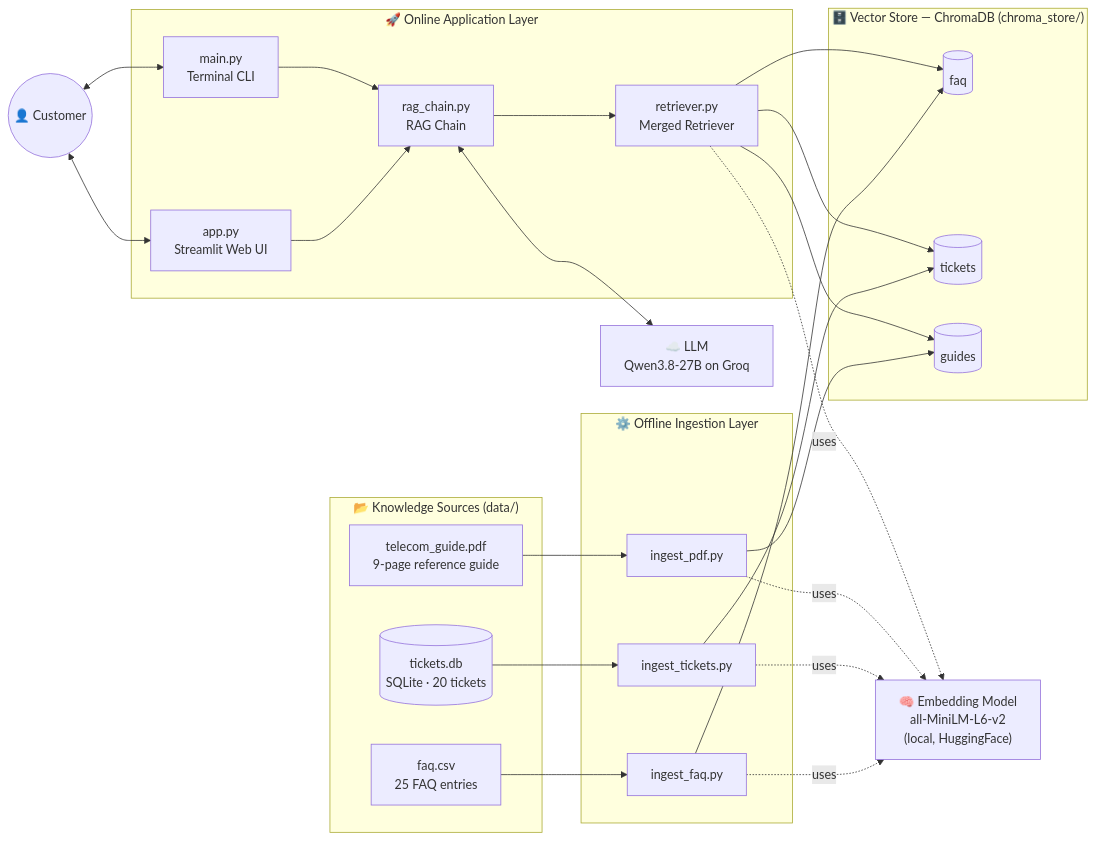
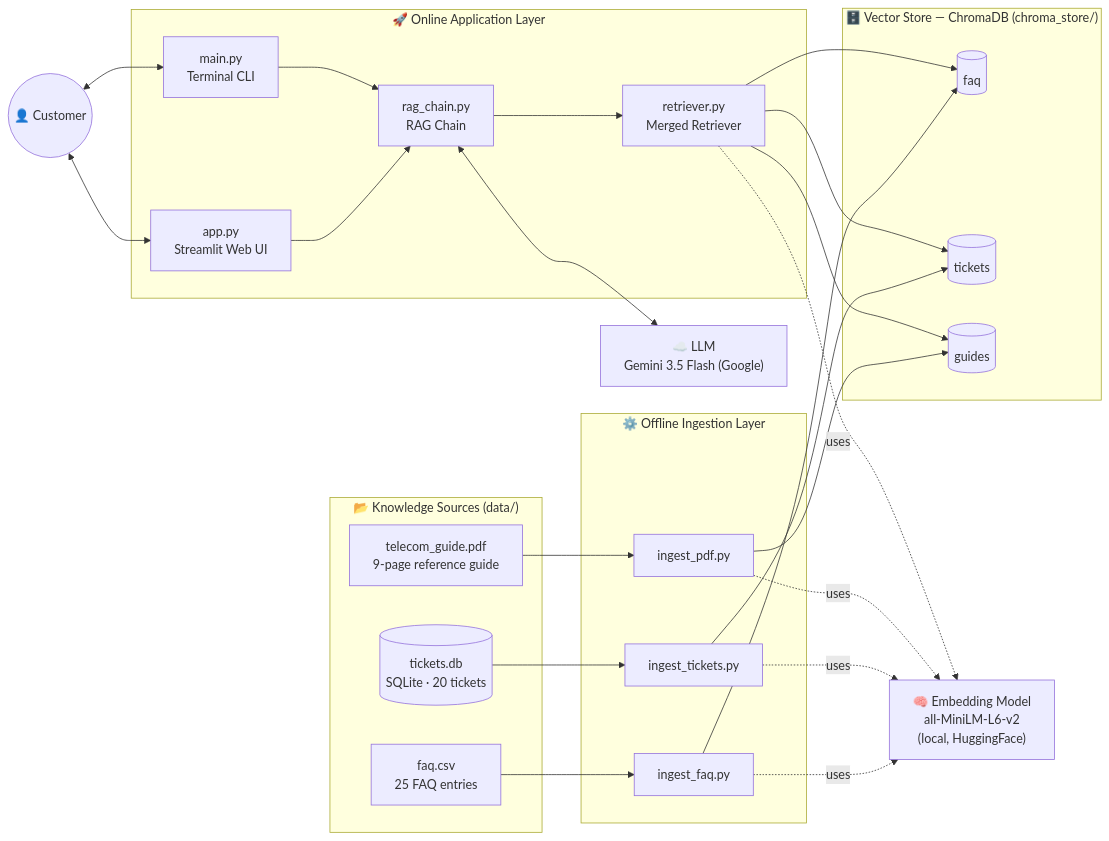
The first of 8 diagrams in architecture.md (pavan-dharimireddy/RAG_Telecom_chat_bot), drawn with Mermaid before and after one commit. The commit also changed other lines of this file and 9 other files, not shown here.

````diff
--- a/architecture.md
+++ b/architecture.md
@@ -22,46 +22,46 @@
 ```mermaid
 flowchart LR
     subgraph Sources["📂 Knowledge Sources (data/)"]
         CSV["faq.csv<br/>25 FAQ entries"]
         DB[("tickets.db<br/>SQLite · 20 tickets")]
         PDF["telecom_guide.pdf<br/>9-page reference guide"]
     end
 
     subgraph Ingest["⚙️ Offline Ingestion Layer"]
         IF["ingest_faq.py"]
         IT["ingest_tickets.py"]
         IP["ingest_pdf.py"]
     end
 
     EMB["🧠 Embedding Model<br/>all-MiniLM-L6-v2<br/>(local, HuggingFace)"]
 
     subgraph Store["🗄️ Vector Store — ChromaDB (chroma_store/)"]
         C1[("faq")]
         C2[("tickets")]
         C3[("guides")]
     end
 
     subgraph App["🚀 Online Application Layer"]
         UI["app.py<br/>Streamlit Web UI"]
         CLI["main.py<br/>Terminal CLI"]
         CHAIN["rag_chain.py<br/>RAG Chain"]
         RET["retriever.py<br/>Merged Retriever"]
     end
 
-    LLM["☁️ LLM<br/>Qwen3.8-27B on Groq"]
+    LLM["☁️ LLM<br/>Gemini 3.5 Flash (Google)"]
     USER(("👤 Customer"))
 
     CSV --> IF --> C1
     DB --> IT --> C2
     PDF --> IP --> C3
     IF & IT & IP -.uses.-> EMB
 
     USER <--> UI
     USER <--> CLI
     UI --> CHAIN
     CLI --> CHAIN
     CHAIN --> RET
     RET -.uses.-> EMB
     RET --> C1 & C2 & C3
     CHAIN <--> LLM
 ```
````
